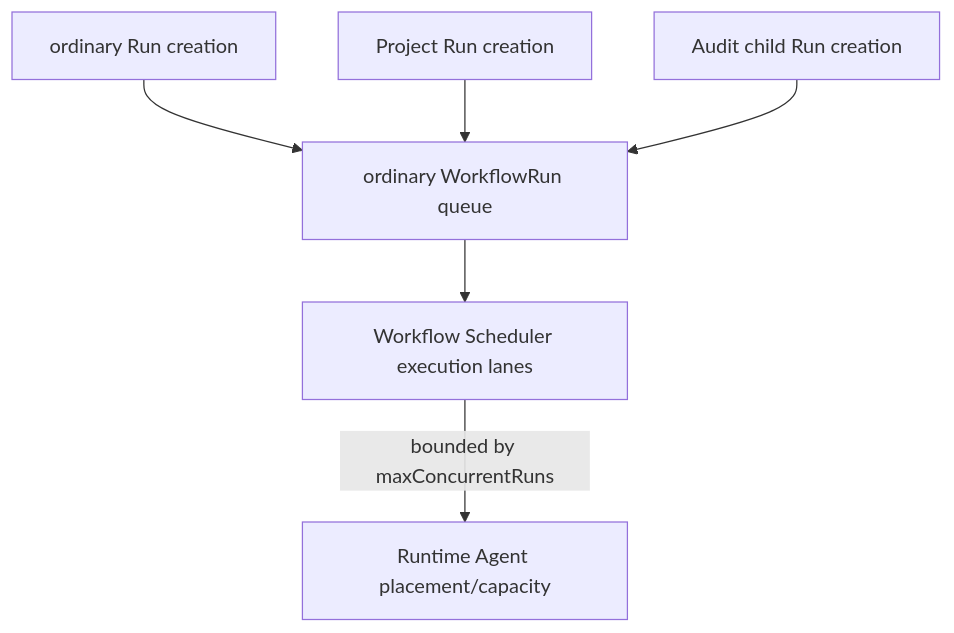
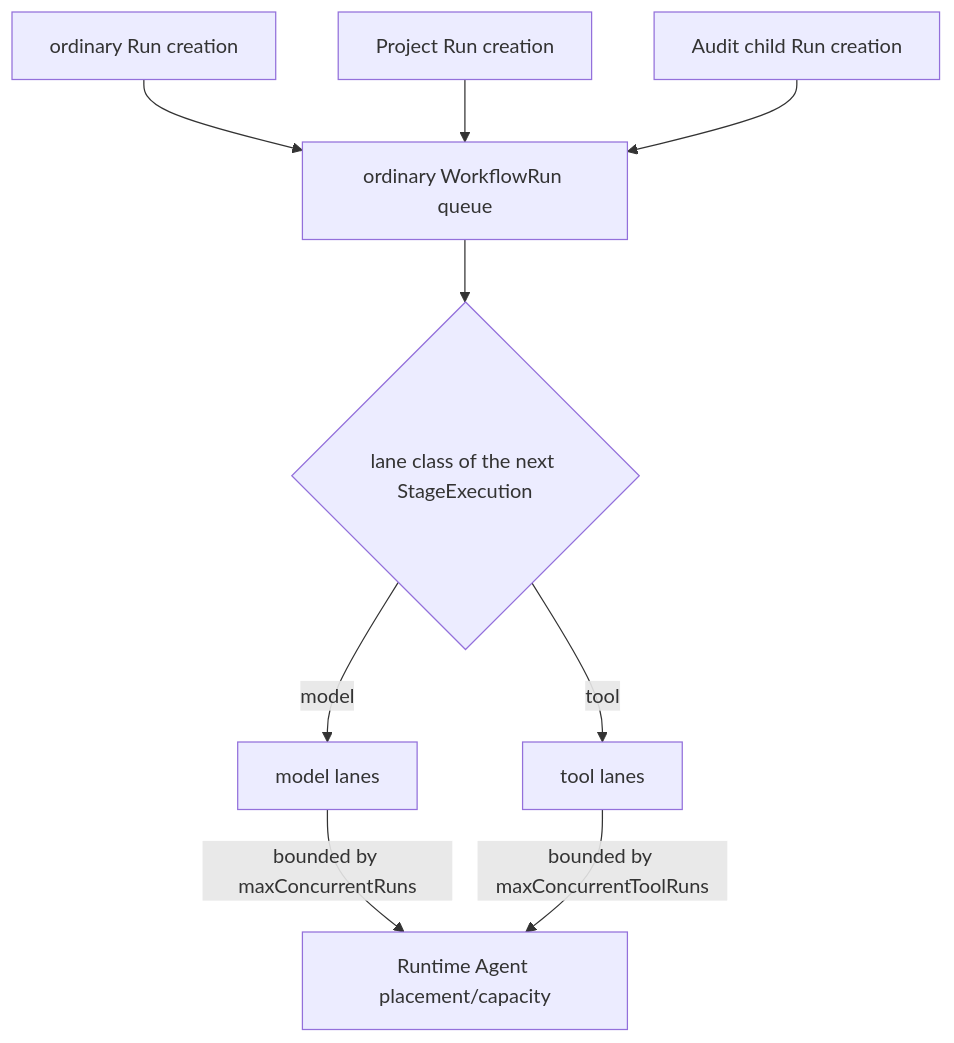
One commit to grauwolf32/contractor changed the second of 3 diagrams in docs/spec/execution/scheduler.md. Above: the diagram before and after it, drawn with Mermaid. The commit also changed other lines of this file and 121 other files, not shown here.

````diff
--- a/docs/spec/execution/scheduler.md
+++ b/docs/spec/execution/scheduler.md
@@ -160,8 +162,11 @@
 ```mermaid
 flowchart TD
     A[ordinary Run creation] --> Q[ordinary WorkflowRun queue]
     B[Project Run creation] --> Q
     C[Audit child Run creation] --> Q
-    Q --> L[Workflow Scheduler execution lanes]
-    L -->|bounded by maxConcurrentRuns| P[Runtime Agent placement/capacity]
+    Q --> K{lane class of the next StageExecution}
+    K -->|model| M[model lanes]
+    K -->|tool| T[tool lanes]
+    M -->|bounded by maxConcurrentRuns| P[Runtime Agent placement/capacity]
+    T -->|bounded by maxConcurrentToolRuns| P
 ```
````
